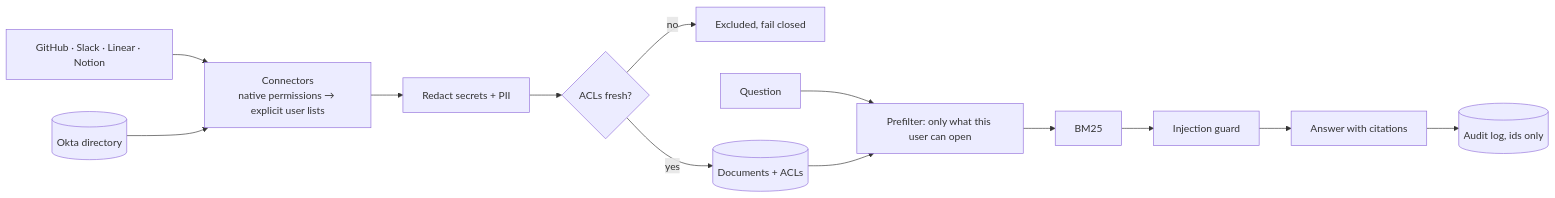
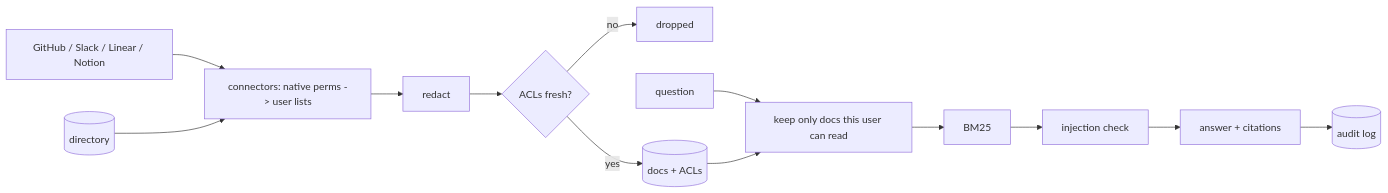
One commit to tiwaker9404/pilotkit changed the diagram in README.md. Above: the diagram before and after it, drawn with Mermaid. The commit also changed other lines of this file and 31 other files, not shown here.

````diff
--- a/README.md
+++ b/README.md
@@ -42,10 +43,10 @@
 ```mermaid
 flowchart LR
-    S[GitHub · Slack · Linear · Notion] --> C[Connectors<br/>native permissions → explicit user lists]
-    D[(Okta directory)] --> C
-    C --> R[Redact secrets + PII] --> F{ACLs fresh?}
-    F -- no --> X[Excluded, fail closed]
-    F -- yes --> I[(Documents + ACLs)]
-    Q[Question] --> P[Prefilter: only what this user can open]
-    I --> P --> B[BM25] --> G[Injection guard] --> A[Answer with citations] --> L[(Audit log, ids only)]
+    S[GitHub / Slack / Linear / Notion] --> C[connectors: native perms -> user lists]
+    D[(directory)] --> C
+    C --> R[redact] --> F{ACLs fresh?}
+    F -- no --> X[dropped]
+    F -- yes --> I[(docs + ACLs)]
+    Q[question] --> P[keep only docs this user can read]
+    I --> P --> B[BM25] --> G[injection check] --> A[answer + citations] --> L[(audit log)]
 ```
````
